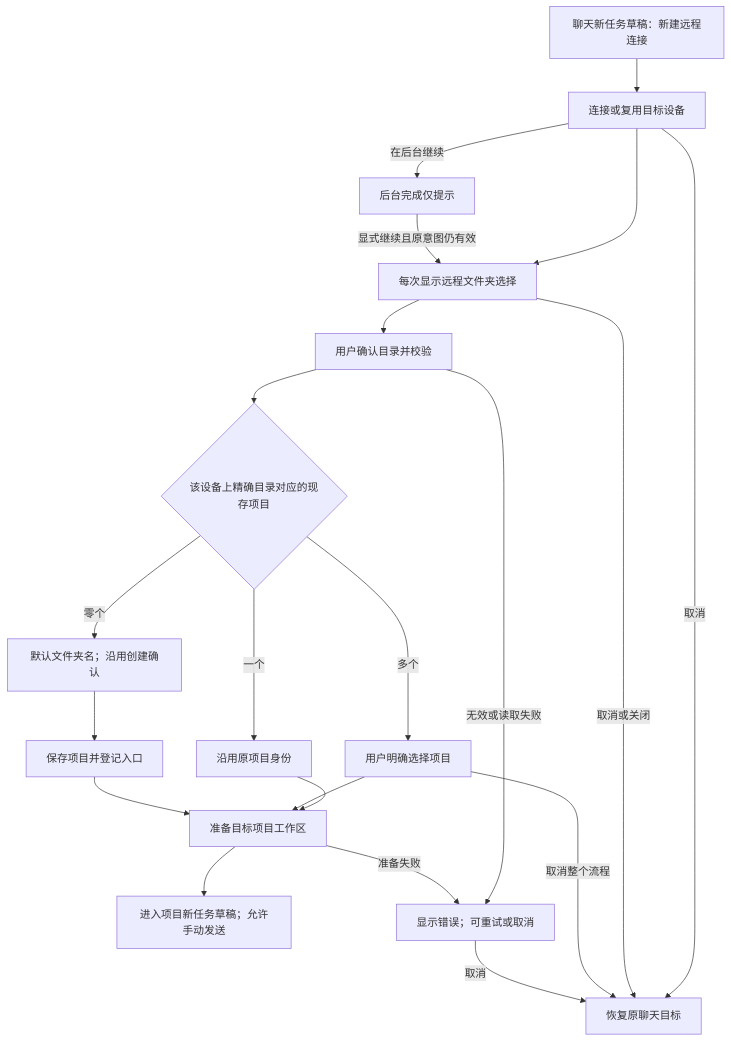
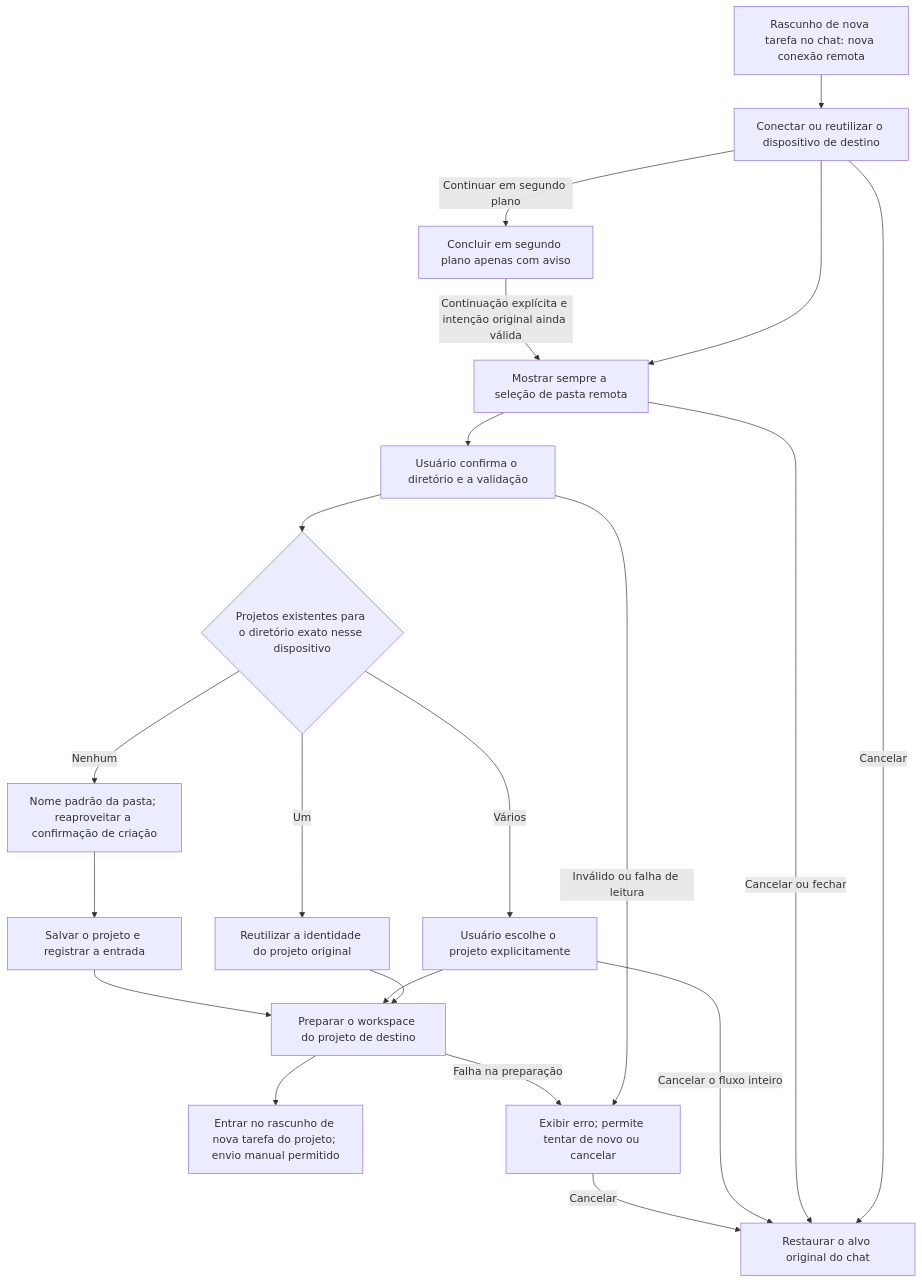
The diagram in docs/issues/remote-connection-ux/21-chat-settings-round-trip.md (JoaoNetoDev/BR-Code), drawn with Mermaid before and after one commit. The commit also changed other lines of this file and 177 other files, not shown here.

````diff
--- a/docs/issues/remote-connection-ux/21-chat-settings-round-trip.md
+++ b/docs/issues/remote-connection-ux/21-chat-settings-round-trip.md
@@ -36,23 +36,23 @@
 ```mermaid
 flowchart TD
-    A[聊天新任务草稿：新建远程连接] --> B[连接或复用目标设备]
-    B --> C[每次显示远程文件夹选择]
-    C --> D[用户确认目录并校验]
-    D --> E{该设备上精确目录对应的现存项目}
-    E -->|一个| F[沿用原项目身份]
-    E -->|多个| G[用户明确选择项目]
-    E -->|零个| H[默认文件夹名；沿用创建确认]
-    H --> I[保存项目并登记入口]
-    F --> J[准备目标项目工作区]
+    A[Rascunho de nova tarefa no chat: nova conexão remota] --> B[Conectar ou reutilizar o dispositivo de destino]
+    B --> C[Mostrar sempre a seleção de pasta remota]
+    C --> D[Usuário confirma o diretório e a validação]
+    D --> E{Projetos existentes para o diretório exato nesse dispositivo}
+    E -->|Um| F[Reutilizar a identidade do projeto original]
+    E -->|Vários| G[Usuário escolhe o projeto explicitamente]
+    E -->|Nenhum| H[Nome padrão da pasta; reaproveitar a confirmação de criação]
+    H --> I[Salvar o projeto e registrar a entrada]
+    F --> J[Preparar o workspace do projeto de destino]
     G --> J
     I --> J
-    J --> K[进入项目新任务草稿；允许手动发送]
-    B -->|取消| L[恢复原聊天目标]
-    C -->|取消或关闭| L
-    G -->|取消整个流程| L
-    D -->|无效或读取失败| M[显示错误；可重试或取消]
-    J -->|准备失败| M
-    M -->|取消| L
-    B -->|在后台继续| N[后台完成仅提示]
-    N -->|显式继续且原意图仍有效| C
+    J --> K[Entrar no rascunho de nova tarefa do projeto; envio manual permitido]
+    B -->|Cancelar| L[Restaurar o alvo original do chat]
+    C -->|Cancelar ou fechar| L
+    G -->|Cancelar o fluxo inteiro| L
+    D -->|Inválido ou falha de leitura| M[Exibir erro; permite tentar de novo ou cancelar]
+    J -->|Falha na preparação| M
+    M -->|Cancelar| L
+    B -->|Continuar em segundo plano| N[Concluir em segundo plano apenas com aviso]
+    N -->|Continuação explícita e intenção original ainda válida| C
 ```
````
